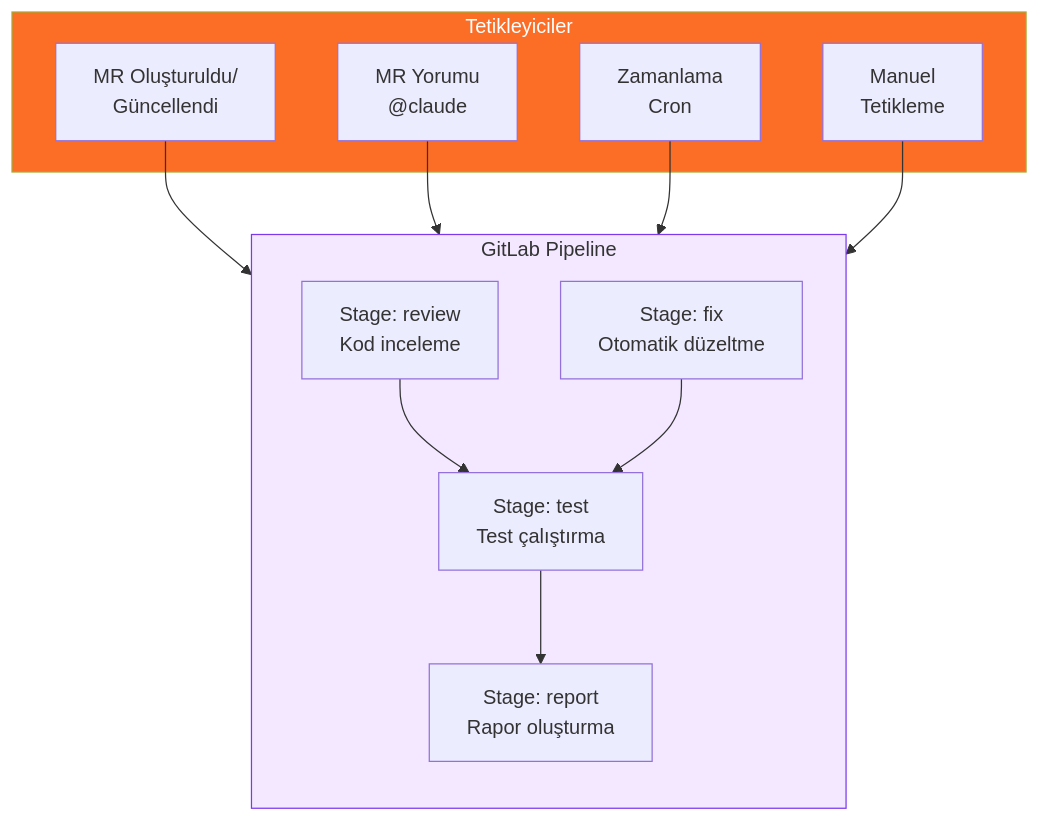
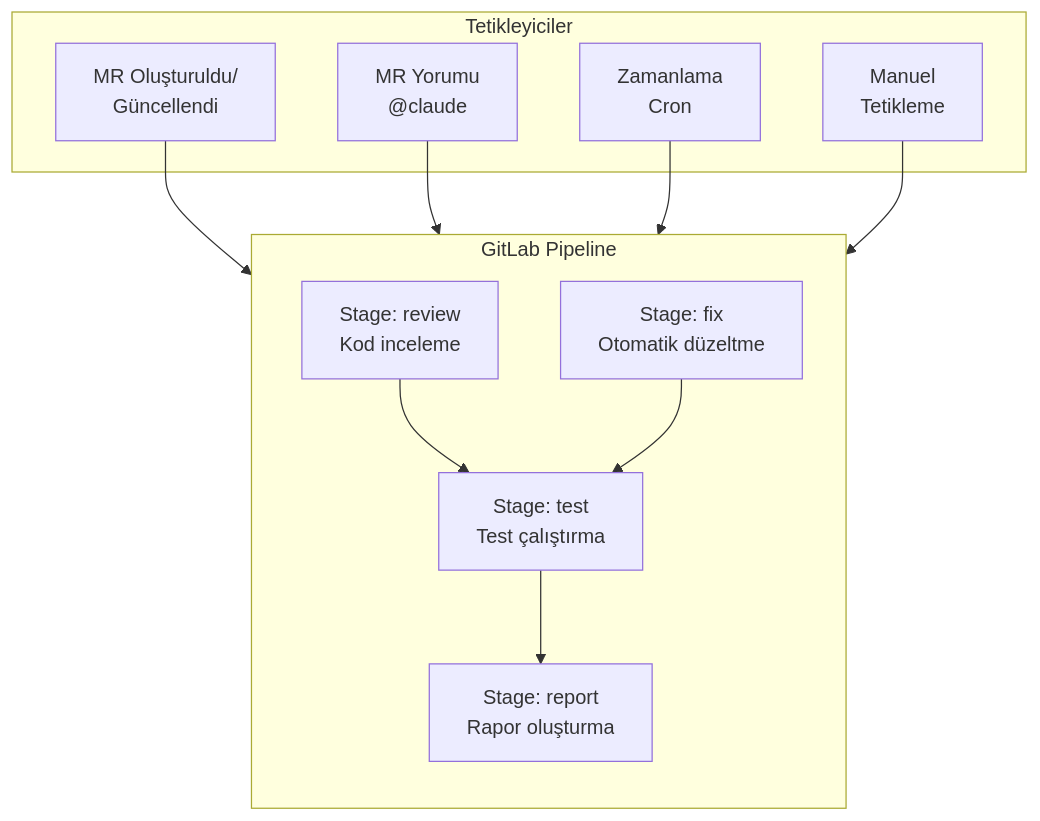
Before and after one commit to IzzetYasinAtes/ClaudeCodeHandbook: the second of 3 diagrams in 16-cicd-ve-devops/02-gitlab-cicd.md, drawn with Mermaid. The commit also changed other lines of this file and 97 other files, not shown here.

Commit message:
Remove all custom Mermaid style/fill colors from 98 markdown files for consistent dark theme rendering

````diff
--- a/16-cicd-ve-devops/02-gitlab-cicd.md
+++ b/16-cicd-ve-devops/02-gitlab-cicd.md
@@ -154,29 +151,27 @@
 ```mermaid
 flowchart TB
     subgraph trigger ["Tetikleyiciler"]
         MR_EVENT["MR Oluşturuldu/<br/>Güncellendi"]
         COMMENT["MR Yorumu<br/>@claude"]
         SCHEDULE["Zamanlama<br/>Cron"]
         MANUAL["Manuel<br/>Tetikleme"]
     end
 
     subgraph pipeline ["GitLab Pipeline"]
         direction TB
         S1["Stage: review<br/>Kod inceleme"]
         S2["Stage: fix<br/>Otomatik düzeltme"]
         S3["Stage: test<br/>Test çalıştırma"]
         S4["Stage: report<br/>Rapor oluşturma"]
     end
 
     MR_EVENT --> S1
     COMMENT --> S2
     SCHEDULE --> S1
     MANUAL --> S2
 
     S1 --> S3
     S2 --> S3
     S3 --> S4
 
-    style trigger fill:#FC6D26,color:#fff
-    style pipeline fill:#F3E8FF,stroke:#7C3AED
 ```
````
